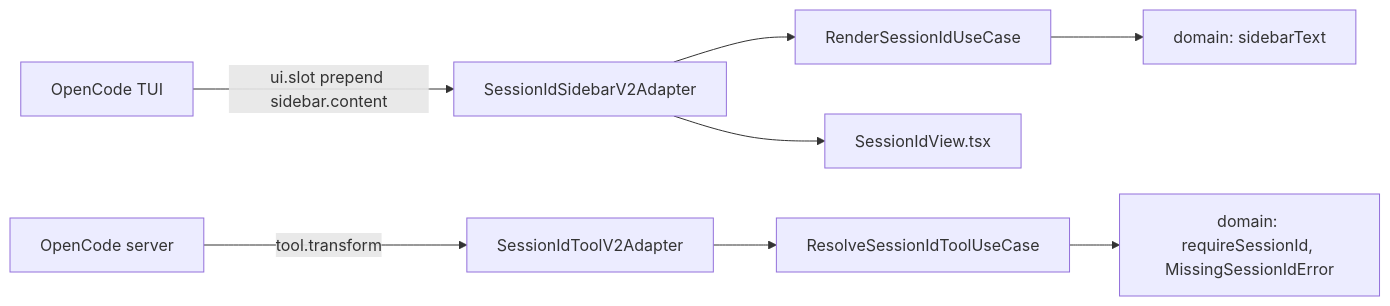
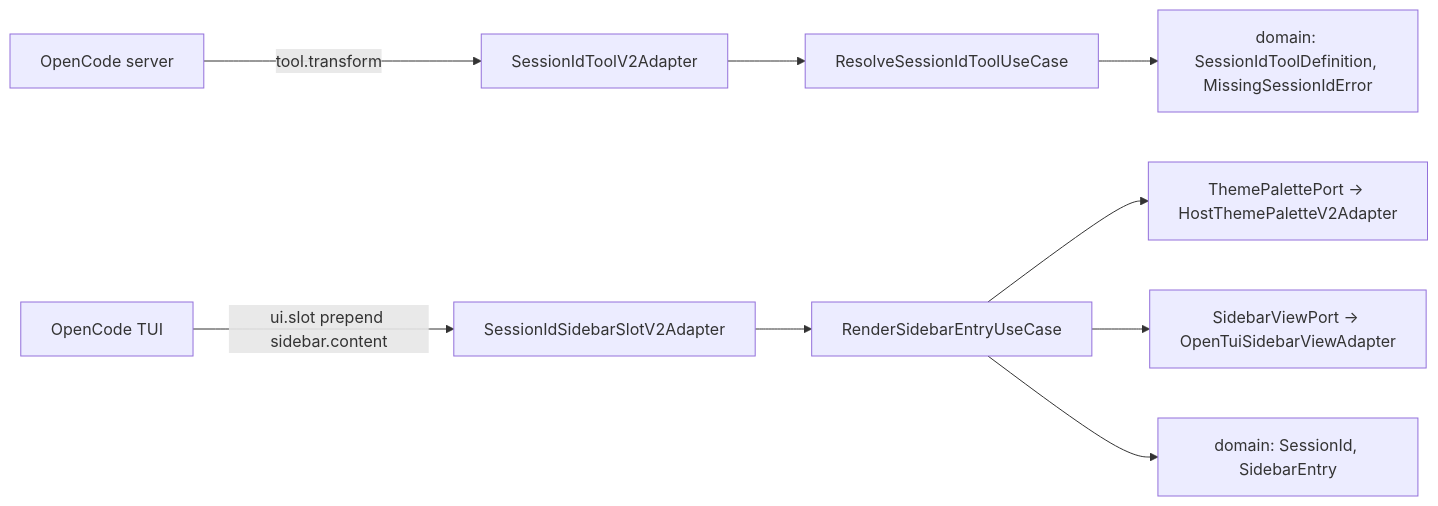
One commit to mavasbel-devtools/opencode-session-manager changed the diagram in README.md. Above: the diagram before and after it, drawn with Mermaid. The commit also changed other lines of this file and 5 other files, not shown here.

````diff
--- a/README.md
+++ b/README.md
@@ -71,10 +32,11 @@
 ```mermaid
 flowchart LR
-    TUI[OpenCode TUI] -->|ui.slot prepend sidebar.content| SB[SessionIdSidebarV2Adapter]
     SRV[OpenCode server] -->|tool.transform| TA[SessionIdToolV2Adapter]
-    SB --> R[RenderSessionIdUseCase]
-    SB --> V[SessionIdView.tsx]
-    TA --> Q[ResolveSessionIdToolUseCase]
-    R --> D[domain: sidebarText]
-    Q --> D2[domain: requireSessionId, MissingSessionIdError]
+    TUI[OpenCode TUI] -->|ui.slot prepend sidebar.content| SB[SessionIdSidebarSlotV2Adapter]
+    TA --> RU[ResolveSessionIdToolUseCase]
+    SB --> RE[RenderSidebarEntryUseCase]
+    RU --> DEF[domain: SessionIdToolDefinition, MissingSessionIdError]
+    RE --> TP[ThemePalettePort -> HostThemePaletteV2Adapter]
+    RE --> SV[SidebarViewPort -> OpenTuiSidebarViewAdapter]
+    RE --> SE[domain: SessionId, SidebarEntry]
 ```
````
